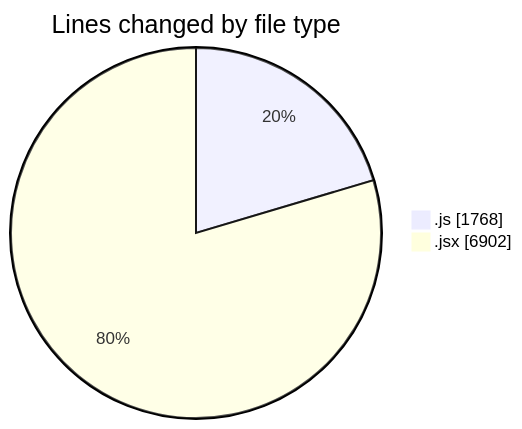
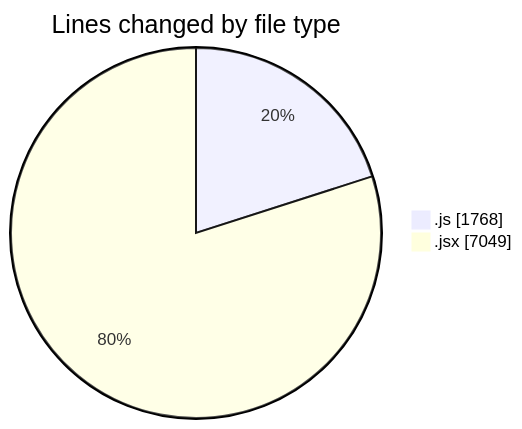
One commit to nxtqubesakshisongat/code-tracking changed the first of 2 diagrams in 2025-08-05/nxtqube_webapp/README.md. Above: the diagram before and after it, drawn with Mermaid. The commit also changed other lines of this file and 1 other file, not shown here.

````diff
--- a/2025-08-05/nxtqube_webapp/README.md
+++ b/2025-08-05/nxtqube_webapp/README.md
@@ -39,6 +39,6 @@
 ```mermaid
 pie showData
 title Lines changed by file type
 ".js" : 1768
-".jsx" : 6902
+".jsx" : 7049
 ```
````
